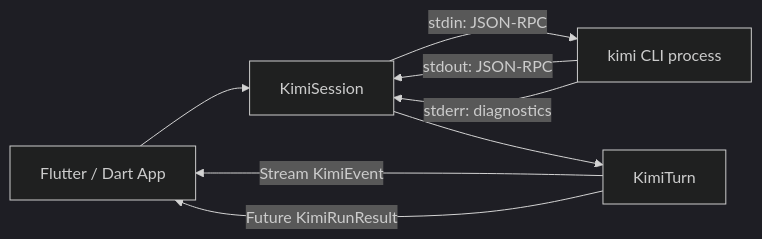
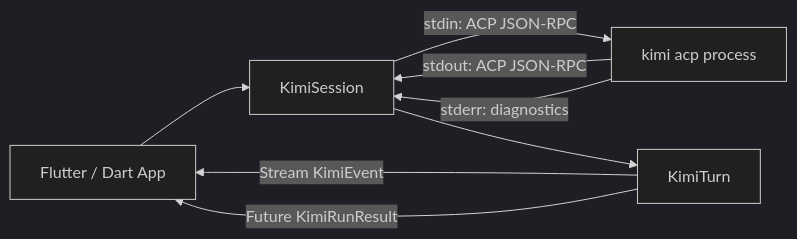
The diagram in cards/architecture.md (epatel/flutter_kimi_sdk), drawn with Mermaid (dark theme) before and after one commit. The commit also changed other lines of this file and 16 other files, not shown here.

````diff
--- a/cards/architecture.md
+++ b/cards/architecture.md
@@ -7,10 +8,10 @@
 ```mermaid
 graph LR
   App[Flutter / Dart App] --> KS[KimiSession]
-  KS -->|stdin: JSON-RPC| CLI[kimi CLI process]
-  CLI -->|stdout: JSON-RPC| KS
+  KS -->|stdin: ACP JSON-RPC| CLI[kimi acp process]
+  CLI -->|stdout: ACP JSON-RPC| KS
   CLI -->|stderr: diagnostics| KS
   KS --> KT[KimiTurn]
   KT -->|Stream KimiEvent| App
   KT -->|Future KimiRunResult| App
 ```
````
